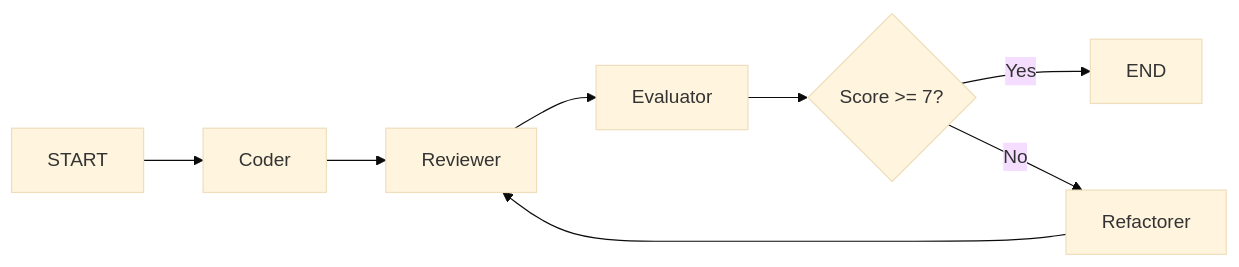
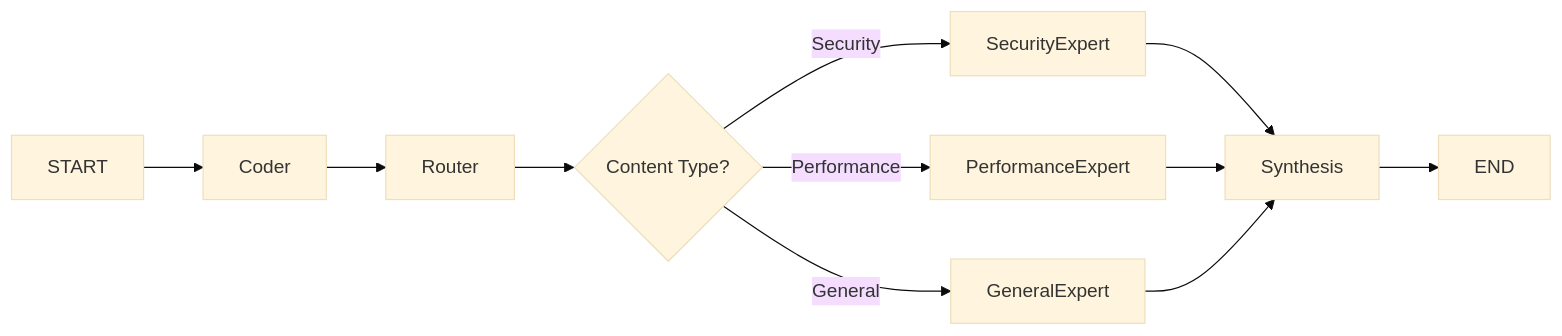
The fourth of 11 diagrams in PATTERNS.md (rulala/fac-ws_ai_multi-agent), drawn with Mermaid (base theme) before and after one commit. The commit also changed other lines of this file and 1 other file, not shown here.

````diff
--- a/PATTERNS.md
+++ b/PATTERNS.md
@@ -80,10 +80,13 @@
 ```mermaid
 graph LR
     START --> Coder
-    Coder --> Reviewer
-    Reviewer --> Evaluator
-    Evaluator --> QualityGate{Score >= 7?}
-    QualityGate -->|Yes| END
-    QualityGate -->|No| Refactorer
-    Refactorer --> Reviewer
+    Coder --> Router
+    Router --> RouteDecision{Content Type?}
+    RouteDecision -->|Security| SecurityExpert
+    RouteDecision -->|Performance| PerformanceExpert
+    RouteDecision -->|General| GeneralExpert
+    SecurityExpert --> Synthesis
+    PerformanceExpert --> Synthesis
+    GeneralExpert --> Synthesis
+    Synthesis --> END
 ```
````
